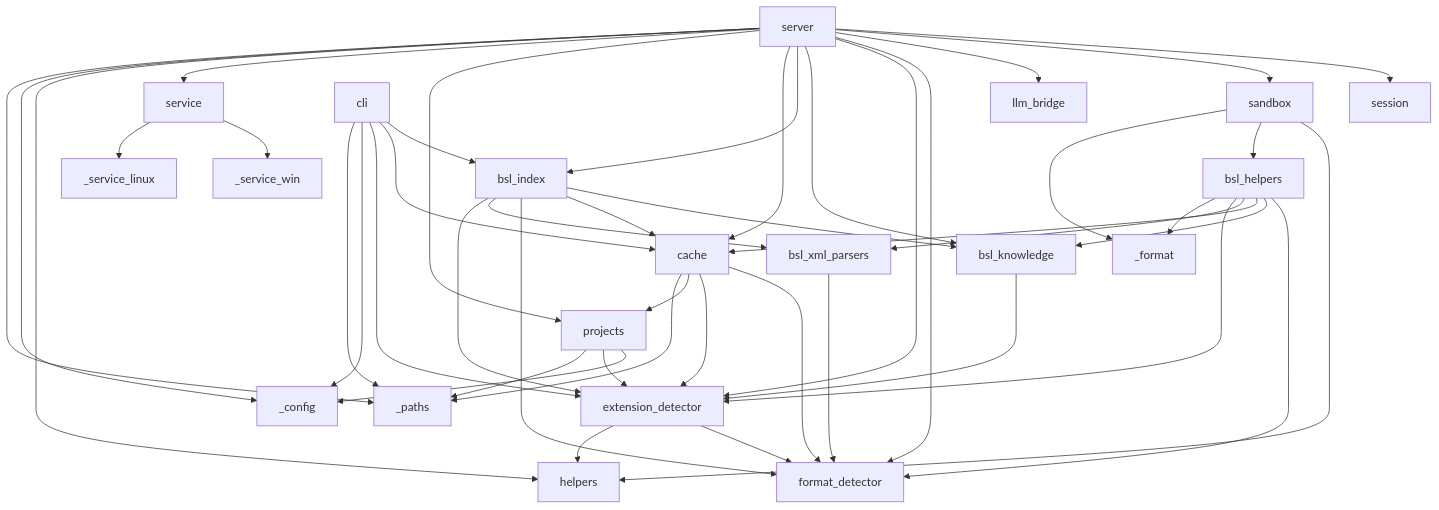
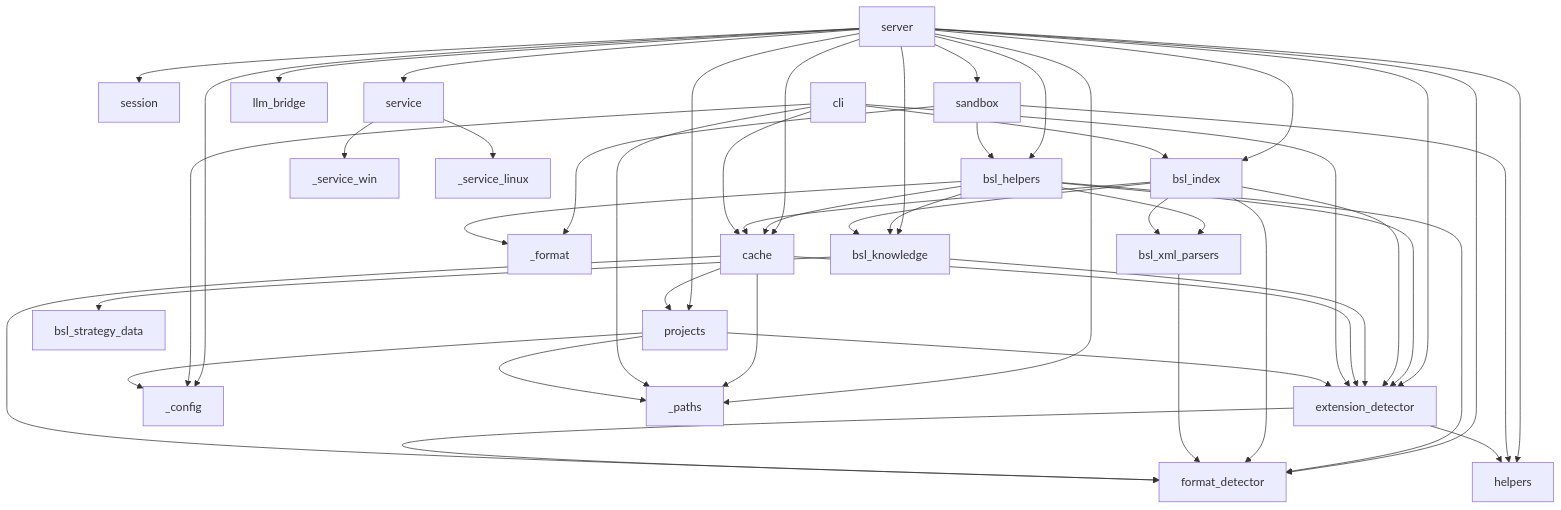
Before and after one commit to uskuklanov/rlm-tools-bsl: the diagram in docs/MODULE_MAP.md, drawn with Mermaid. The commit also changed other lines of this file and 20 other files, not shown here.

````diff
--- a/docs/MODULE_MAP.md
+++ b/docs/MODULE_MAP.md
@@ -41,58 +42,60 @@
 ```mermaid
 graph TD
     server --> session
     server --> sandbox
     server --> llm_bridge
     server --> format_detector
     server --> extension_detector
     server --> bsl_knowledge
     server --> bsl_index
     server --> cache
     server --> projects
     server --> service
     server --> helpers
+    server --> bsl_helpers
     server --> _config
     server --> _paths
 
     sandbox --> helpers
     sandbox --> bsl_helpers
     sandbox --> _format
 
     bsl_helpers --> format_detector
     bsl_helpers --> bsl_knowledge
     bsl_helpers --> cache
     bsl_helpers --> bsl_xml_parsers
     bsl_helpers --> extension_detector
     bsl_helpers --> _format
 
     bsl_index --> bsl_knowledge
     bsl_index --> cache
     bsl_index --> format_detector
     bsl_index --> bsl_xml_parsers
     bsl_index --> extension_detector
 
+    bsl_knowledge --> bsl_strategy_data
     bsl_knowledge --> extension_detector
 
     bsl_xml_parsers --> format_detector
 
     cache --> format_detector
     cache --> extension_detector
     cache --> projects
     cache --> _paths
 
     extension_detector --> format_detector
     extension_detector --> helpers
 
     cli --> bsl_index
     cli --> cache
     cli --> extension_detector
     cli --> _config
     cli --> _paths
 
     projects --> _config
     projects --> extension_detector
     projects --> _paths
 
     service --> _service_win
     service --> _service_linux
 ```
````
